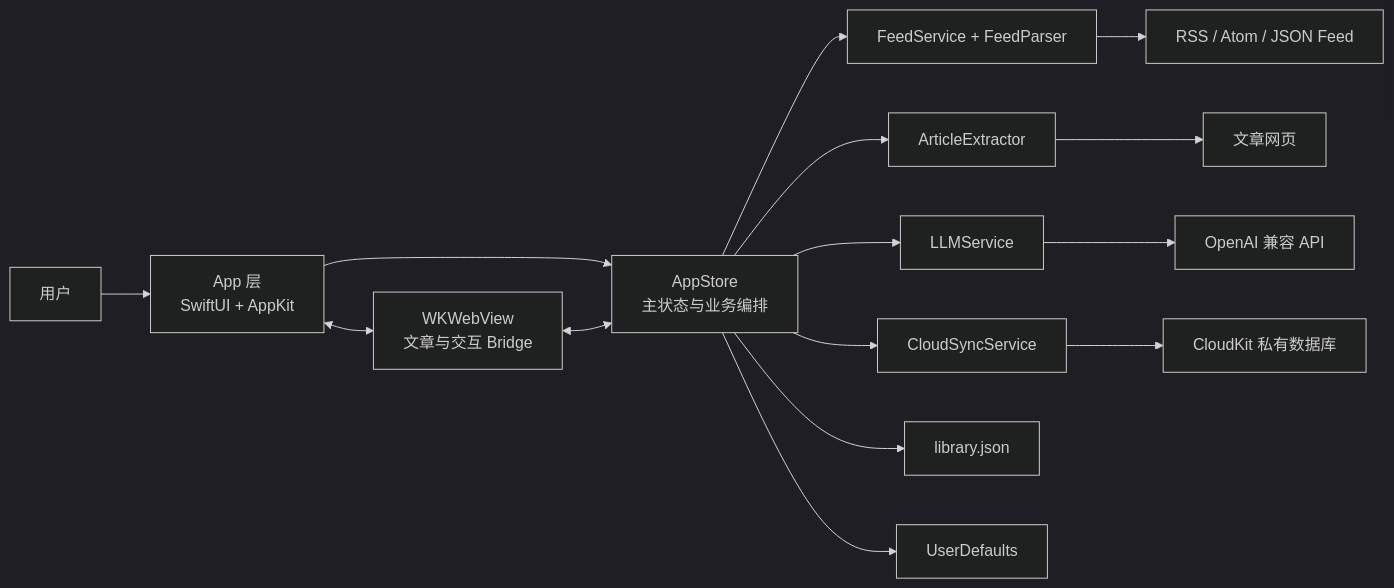
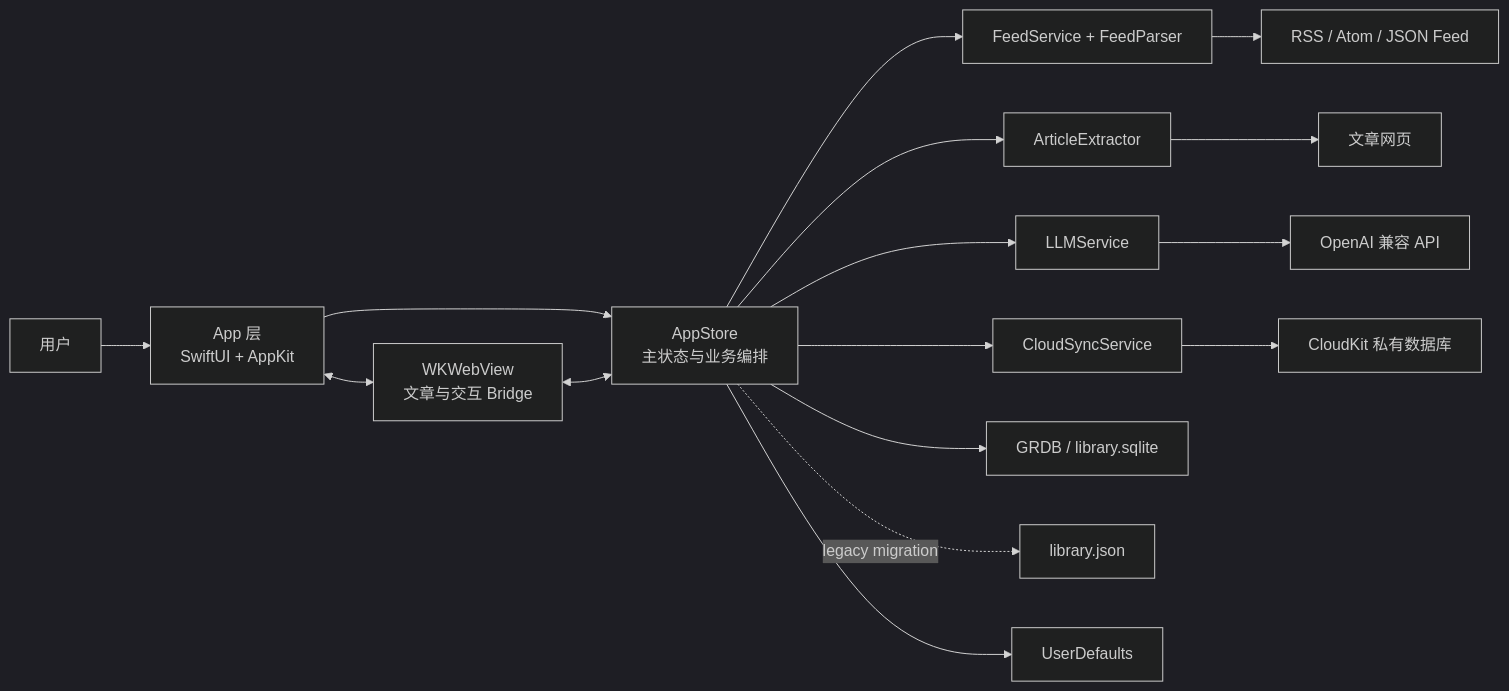
Before and after one commit to ohmyangboy/PaperRss: the diagram in docs/technical/architecture.md, drawn with Mermaid (dark theme). The commit also changed other lines of this file and 22 other files, not shown here.

````diff
--- a/docs/technical/architecture.md
+++ b/docs/technical/architecture.md
@@ -13,20 +13,21 @@
 ```mermaid
 flowchart LR
     User["用户"] --> UI["App 层<br/>SwiftUI + AppKit"]
     UI --> Store["AppStore<br/>主状态与业务编排"]
     UI <--> Reader["WKWebView<br/>文章与交互 Bridge"]
     Reader <--> Store
 
     Store --> Feed["FeedService + FeedParser"]
     Store --> Extractor["ArticleExtractor"]
     Store --> LLM["LLMService"]
     Store --> Cloud["CloudSyncService"]
 
     Feed --> FeedWeb["RSS / Atom / JSON Feed"]
     Extractor --> ArticleWeb["文章网页"]
     LLM --> ModelAPI["OpenAI 兼容 API"]
     Cloud --> CloudKit["CloudKit 私有数据库"]
 
-    Store --> JSON["library.json"]
+    Store --> SQLite["GRDB / library.sqlite"]
+    Store -. legacy migration .-> JSON["library.json"]
     Store --> Defaults["UserDefaults"]
 ```
````
